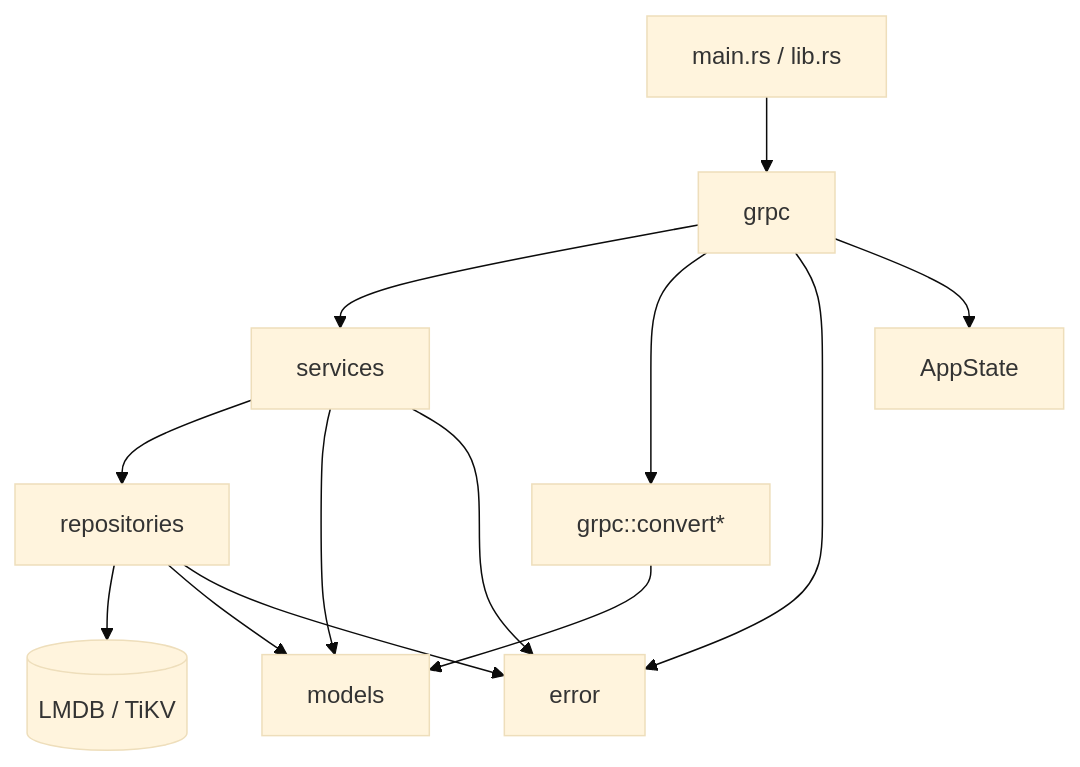
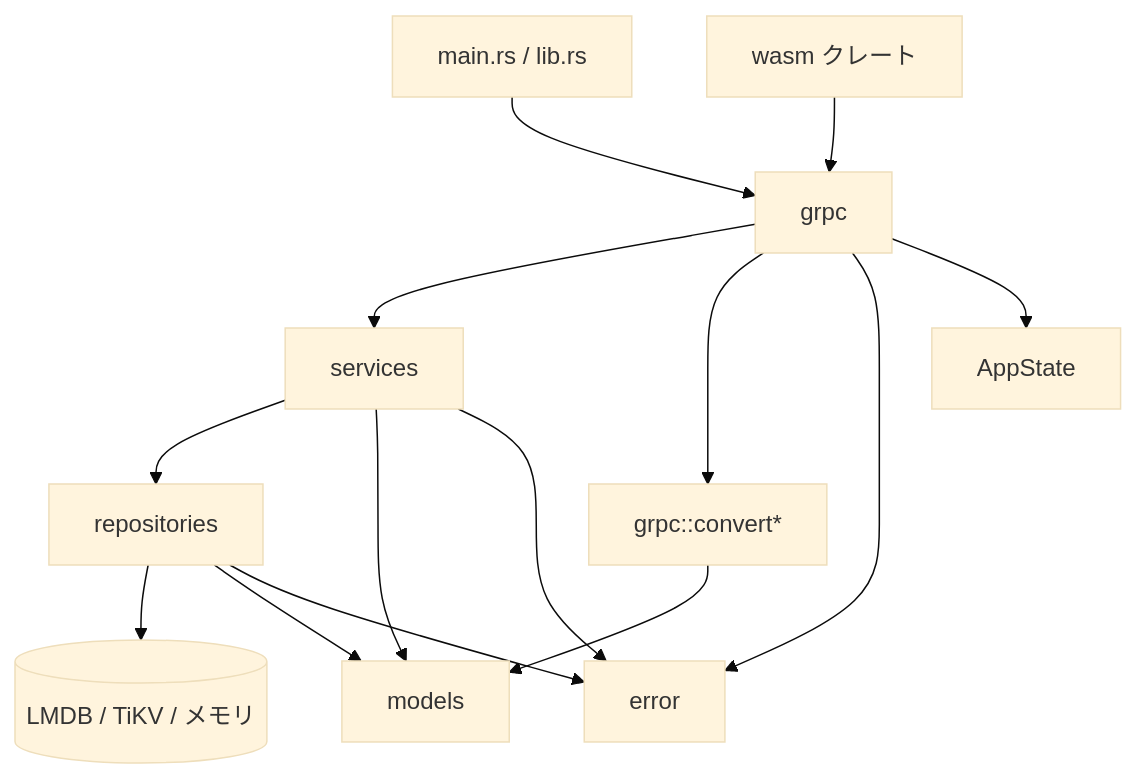
The diagram in docs/architecture.md (AirBee-Project/Kasane), drawn with Mermaid (base theme) before and after one commit. The commit also changed other lines of this file and 37 other files, not shown here.

````diff
--- a/docs/architecture.md
+++ b/docs/architecture.md
@@ -9,16 +9,17 @@
 ```mermaid
 flowchart TD
     Main[main.rs / lib.rs] --> Grpc[grpc]
     Grpc --> Service[services]
+    Wasm[wasm クレート] --> Grpc
     Service --> Repository[repositories]
-    Repository --> Storage[(LMDB / TiKV)]
+    Repository --> Storage[(LMDB / TiKV / メモリ)]
 
     Grpc --> Convert[grpc::convert*]
     Convert --> Model[models]
     Service --> Model
     Repository --> Model
     Service --> Error[error]
     Grpc --> Error
     Repository --> Error
     Grpc --> AppState[AppState]
 ```
````
